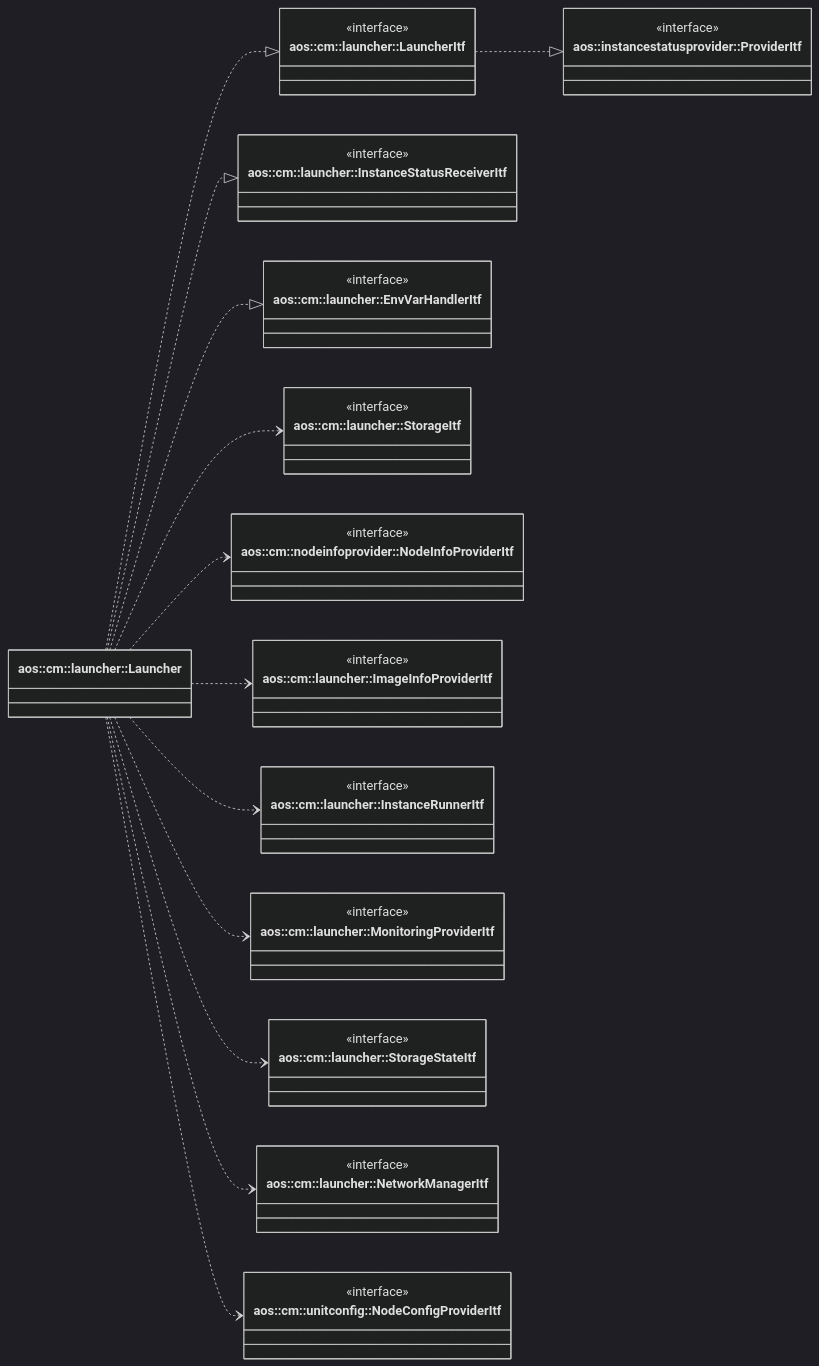
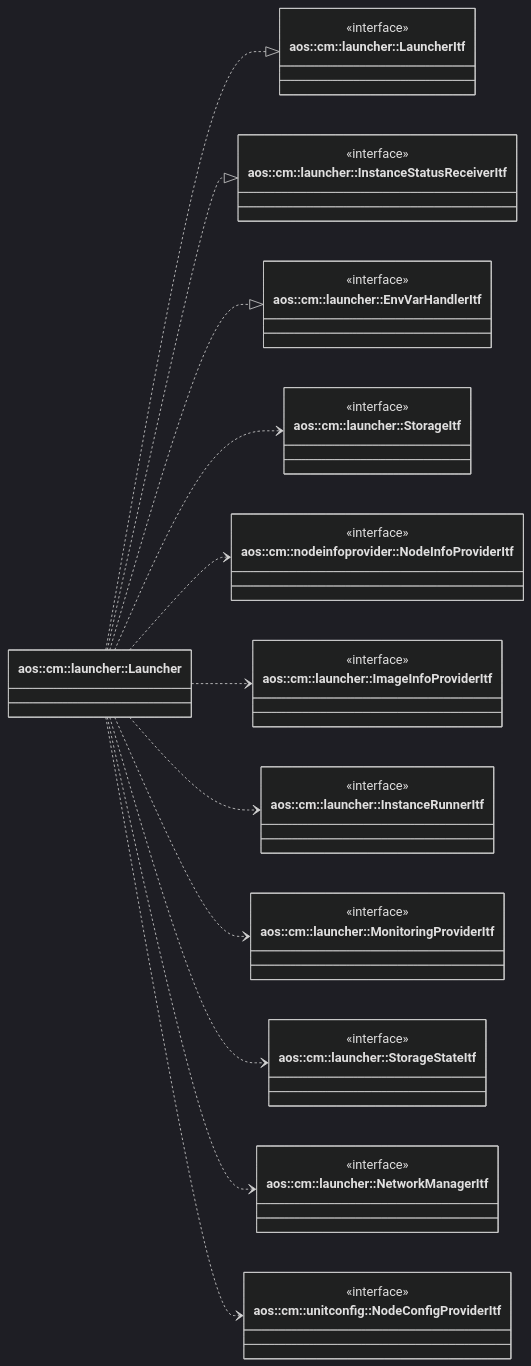
One commit to aosedge/aos_core_lib_cpp changed the first of 4 diagrams in src/core/cm/launcher/launcher.md. Above: the diagram before and after it, drawn with Mermaid (dark theme). The commit also changed other lines of this file and 5 other files, not shown here.

Commit message:
cm: launcher: remove instancestatus::ProviderItf from launcher interface

````diff
--- a/src/core/cm/launcher/launcher.md
+++ b/src/core/cm/launcher/launcher.md
@@ -33,70 +31,64 @@
 ```mermaid
 classDiagram
     direction LR
 
     class Launcher["aos::cm::launcher::Launcher"] {
     }
 
     class LauncherItf["aos::cm::launcher::LauncherItf"] {
-        <<interface>>
-    }
-
-    class InstanceStatusProviderItf["aos::instancestatusprovider::ProviderItf"] {
         <<interface>>
     }
 
     class InstanceStatusReceiverItf["aos::cm::launcher::InstanceStatusReceiverItf"] {
         <<interface>>
     }
 
     class EnvVarHandlerItf["aos::cm::launcher::EnvVarHandlerItf"] {
         <<interface>>
     }
 
     class StorageItf["aos::cm::launcher::StorageItf"] {
         <<interface>>
     }
 
     class NodeInfoProviderItf["aos::cm::nodeinfoprovider::NodeInfoProviderItf"] {
         <<interface>>
     }
 
     class ImageInfoProviderItf ["aos::cm::launcher::ImageInfoProviderItf"] {
         <<interface>>
     }
 
     class InstanceRunnerItf ["aos::cm::launcher::InstanceRunnerItf"] {
         <<interface>>
     }
 
     class MonitoringProviderItf ["aos::cm::launcher::MonitoringProviderItf"] {
         <<interface>>
     }
 
     class StorageStateItf ["aos::cm::launcher::StorageStateItf"] {
         <<interface>>
     }
 
     class NetworkManagerItf ["aos::cm::launcher::NetworkManagerItf"] {
         <<interface>>
     }
 
     class NodeConfigProviderItf ["aos::cm::unitconfig::NodeConfigProviderItf"] {
         <<interface>>
     }
 
-    LauncherItf ..|> InstanceStatusProviderItf
-
     Launcher ..|> LauncherItf
     Launcher ..|> InstanceStatusReceiverItf
     Launcher ..|> EnvVarHandlerItf
 
     Launcher ..> StorageItf
     Launcher ..> NodeInfoProviderItf
     Launcher ..> ImageInfoProviderItf
     Launcher ..> InstanceRunnerItf
     Launcher ..> MonitoringProviderItf
     Launcher ..> StorageStateItf
     Launcher ..> NetworkManagerItf
     Launcher ..> NodeConfigProviderItf
 ```
````
